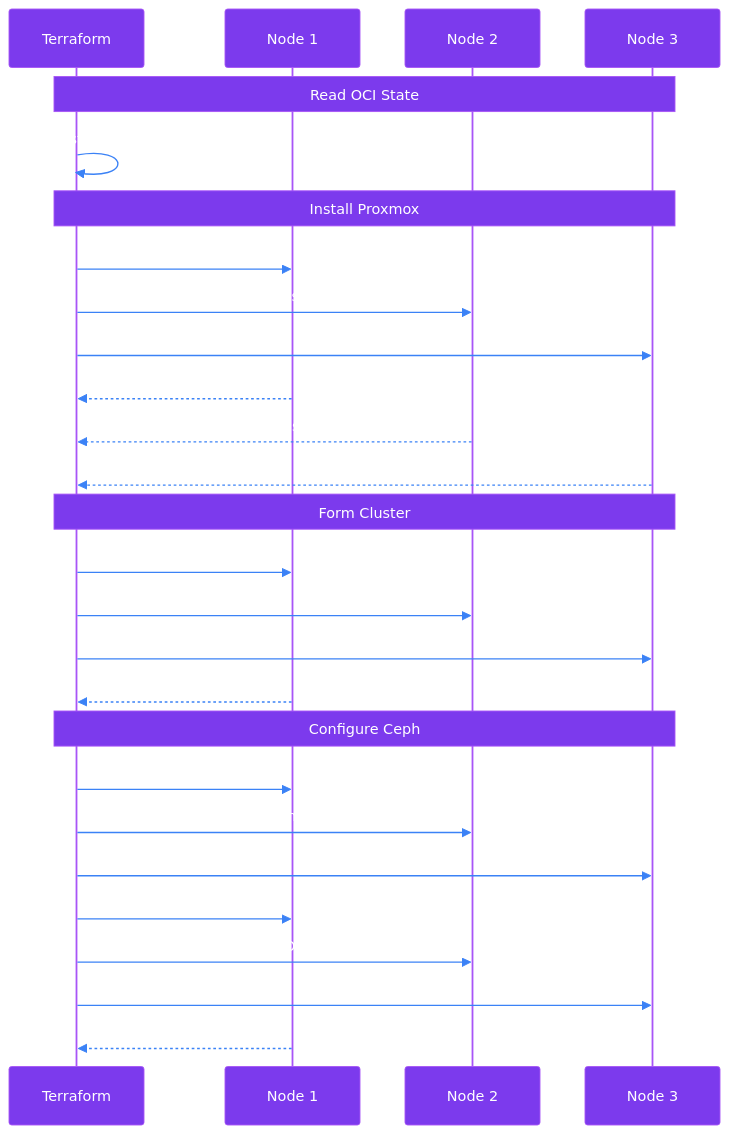
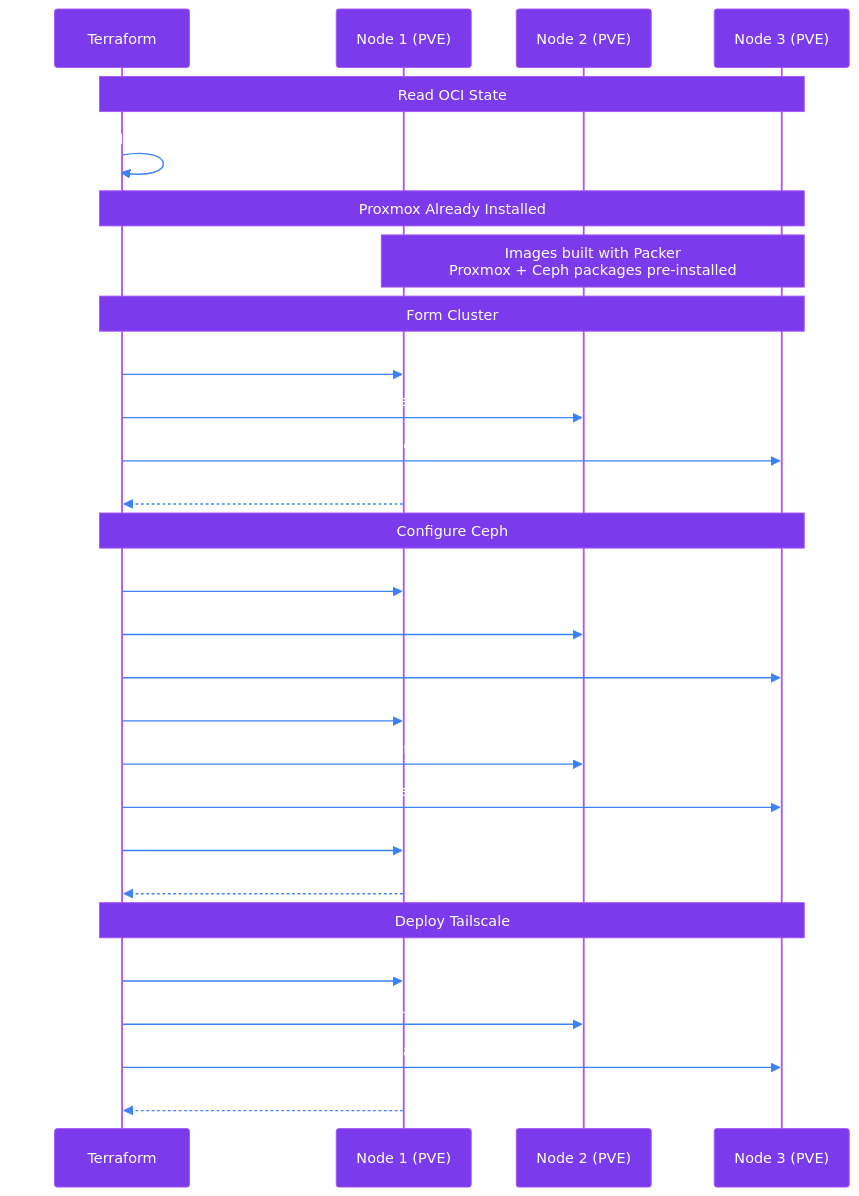
One commit to syscode-labs/oci-free-tier-manager changed diagram 12 of 13 in docs/ARCHITECTURE-DIAGRAMS.md. Above: the diagram before and after it, drawn with Mermaid. The commit also changed other lines of this file, not shown here.

Commit message:
fix: correct Layer 2 diagram - Proxmox via Packer, not Ansible
Proxmox is pre-installed in custom OCI images built with Packer,

not installed via Ansible during Terraform apply.

Updated diagram to show:

- Proxmox + Ceph packages already in image

- Terraform only configures cluster (pvecm)

- Terraform configures Ceph (pveceph)

- Terraform deploys Tailscale as LXC containers

````diff
--- a/docs/ARCHITECTURE-DIAGRAMS.md
+++ b/docs/ARCHITECTURE-DIAGRAMS.md
@@ -473,46 +473,48 @@
 ```mermaid
 %%{init: {'theme':'base', 'themeVariables': {
   'actorBkg':'#7c3aed',
   'actorBorder':'#a855f7',
   'actorTextColor':'#fff',
   'signalColor':'#3b82f6',
   'signalTextColor':'#fff',
   'labelBoxBkgColor':'#7c3aed',
   'labelBoxBorderColor':'#a855f7',
   'labelTextColor':'#fff',
   'noteBkgColor':'#7c3aed',
   'noteTextColor':'#fff',
   'noteBorderColor':'#a855f7'
 }}}%%
 sequenceDiagram
     participant TF as Terraform
-    participant N1 as Node 1
-    participant N2 as Node 2
-    participant N3 as Node 3
+    participant N1 as Node 1 (PVE)
+    participant N2 as Node 2 (PVE)
+    participant N3 as Node 3 (PVE)
     
     Note over TF,N3: Read OCI State
-    TF->>TF: Fetch instance IPs
+    TF->>TF: Fetch instance IPs from Layer 1
     
-    Note over TF,N3: Install Proxmox
-    TF->>N1: SSH + Ansible
-    TF->>N2: SSH + Ansible
-    TF->>N3: SSH + Ansible
-    N1-->>TF: Proxmox installed
-    N2-->>TF: Proxmox installed
-    N3-->>TF: Proxmox installed
+    Note over TF,N3: Proxmox Already Installed
+    Note over N1,N3: Images built with Packer<br/>Proxmox + Ceph packages pre-installed
     
     Note over TF,N3: Form Cluster
     TF->>N1: pvecm create cluster
     TF->>N2: pvecm add node1
     TF->>N3: pvecm add node1
-    N1-->>TF: Quorum established
+    N1-->>TF: Quorum established (3 nodes)
     
     Note over TF,N3: Configure Ceph
-    TF->>N1: ceph-mon init
-    TF->>N2: ceph-mon init
-    TF->>N3: ceph-mon init
-    TF->>N1: Create OSD
-    TF->>N2: Create OSD
-    TF->>N3: Create OSD
+    TF->>N1: pveceph init
+    TF->>N2: pveceph init
+    TF->>N3: pveceph init
+    TF->>N1: pveceph createosd
+    TF->>N2: pveceph createosd
+    TF->>N3: pveceph createosd
+    TF->>N1: pveceph pool create
     N1-->>TF: Ceph healthy
+    
+    Note over TF,N3: Deploy Tailscale
+    TF->>N1: Create Tailscale LXC
+    TF->>N2: Create Tailscale LXC
+    TF->>N3: Create Tailscale LXC
+    N1-->>TF: Mesh connected
 ```
````
